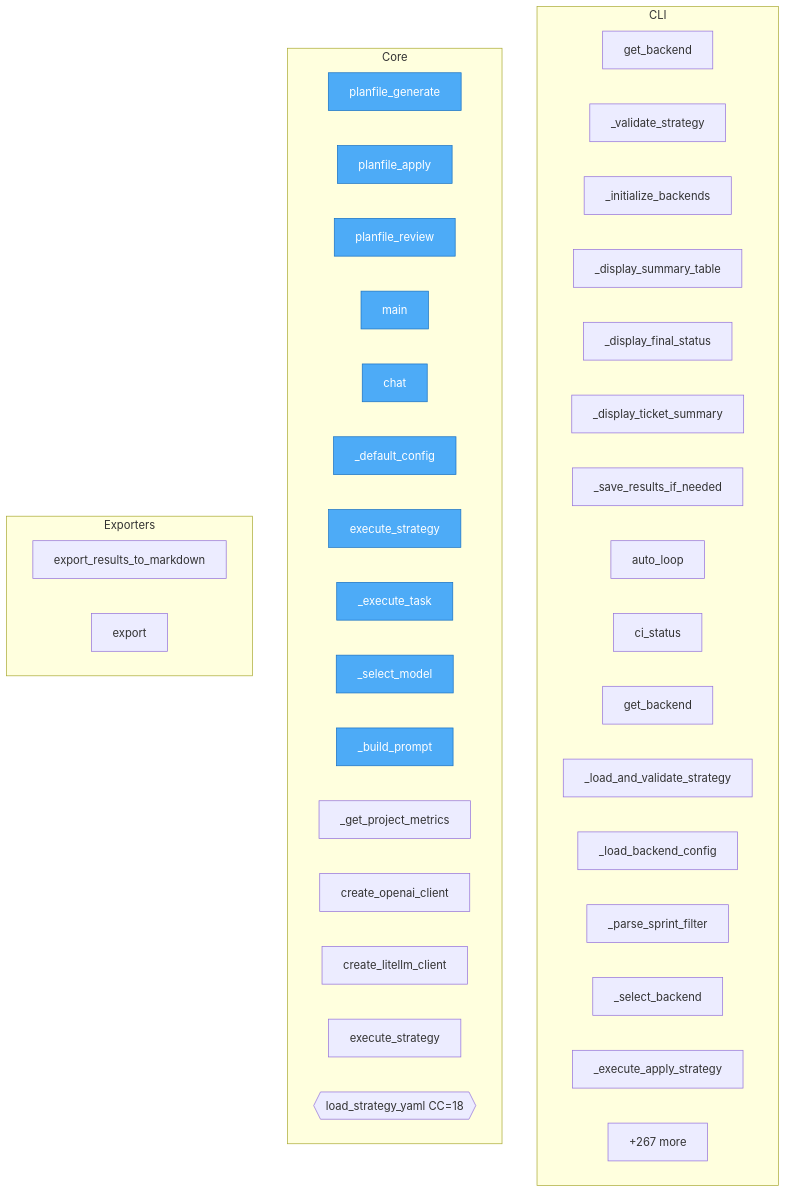
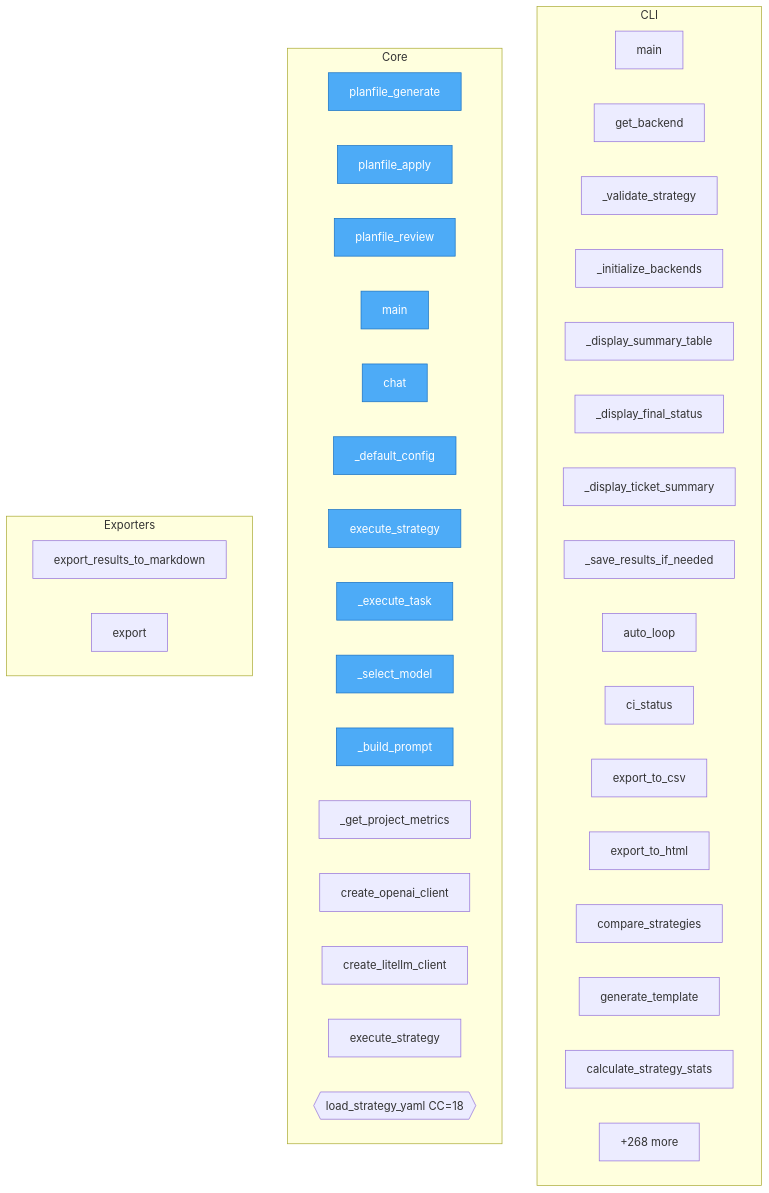
One commit to semcod/planfile changed the diagram in project/flow.mmd. Above: the diagram before and after it, drawn with Mermaid. The commit also changed 24 other files, not shown here.

```diff
--- a/project/flow.mmd
+++ b/project/flow.mmd
@@ -1,49 +1,49 @@
 flowchart TD
 
     %% Entry points (blue)
     classDef entry fill:#4dabf7,stroke:#1971c2,color:#fff
 
     subgraph CLI
+        planfile__cli__commands__main["main"]
         planfile__cli__auto_loop__get_backend["get_backend"]
         planfile__cli__auto_loop___validate_strategy["_validate_strategy"]
         planfile__cli__auto_loop___initialize_backends["_initialize_backends"]
         planfile__cli__auto_loop___display_summary_table["_display_summary_table"]
         planfile__cli__auto_loop___display_final_status["_display_final_status"]
         planfile__cli__auto_loop___display_ticket_summary["_display_ticket_summary"]
         planfile__cli__auto_loop___save_results_if_needed["_save_results_if_needed"]
         planfile__cli__auto_loop__auto_loop["auto_loop"]
         planfile__cli__auto_loop__ci_status["ci_status"]
-        planfile__cli__commands__get_backend["get_backend"]
-        planfile__cli__commands___load_and_validate_strategy["_load_and_validate_strategy"]
-        planfile__cli__commands___load_backend_config["_load_backend_config"]
-        planfile__cli__commands___parse_sprint_filter["_parse_sprint_filter"]
-        planfile__cli__commands___select_backend["_select_backend"]
-        planfile__cli__commands___execute_apply_strategy["_execute_apply_strategy"]
+        planfile__cli__extra_commands__export_to_csv["export_to_csv"]
+        planfile__cli__extra_commands__export_to_html["export_to_html"]
+        planfile__cli__extra_commands__compare_strategies["compare_strategies"]
+        planfile__cli__extra_commands__generate_template["generate_template"]
+        planfile__cli__extra_commands__calculate_strategy_stats["calculate_strategy_stats"]
         ...["+14 more"]
     end
 
     subgraph Core
         mcp_server_example__planfile_generate["planfile_generate"]
         mcp_server_example__planfile_apply["planfile_apply"]
         mcp_server_example__planfile_review["planfile_review"]
         mcp_server_example__main["main"]
         planfile__executor_standalone__LLMClient__chat["chat"]
         planfile__executor_standalone__StrategyExecutor___default_config["_default_config"]
         planfile__executor_standalone__StrategyExecutor__execute_strategy["execute_strategy"]
         planfile__executor_standalone__StrategyExecutor___execute_task["_execute_task"]
         planfile__executor_standalone__StrategyExecutor___select_model["_select_model"]
         planfile__executor_standalone__StrategyExecutor___build_prompt["_build_prompt"]
         planfile__executor_standalone__StrategyExecutor___get_project_metrics["_get_project_metrics"]
         planfile__executor_standalone__create_openai_client["create_openai_client"]
         planfile__executor_standalone__create_litellm_client["create_litellm_client"]
         planfile__executor_standalone__execute_strategy["execute_strategy"]
         planfile__loaders__yaml_loader__load_strategy_yaml{{load_strategy_yaml CC=18}}
-        ...["+267 more"]
+        ...["+268 more"]
     end
 
     subgraph Exporters
         planfile__loaders__cli_loader__export_results_to_markdown["export_results_to_markdown"]
         planfile__models_v2__Strategy__export["export"]
     end
 
     class mcp_server_example__planfile_generate,mcp_server_example__planfile_apply,mcp_server_example__planfile_review,mcp_server_example__main,planfile__executor_standalone__LLMClient__chat,planfile__executor_standalone__StrategyExecutor___default_config,planfile__executor_standalone__StrategyExecutor__execute_strategy,planfile__executor_standalone__StrategyExecutor___execute_task,planfile__executor_standalone__StrategyExecutor___select_model,planfile__executor_standalone__StrategyExecutor___build_prompt entry
```
